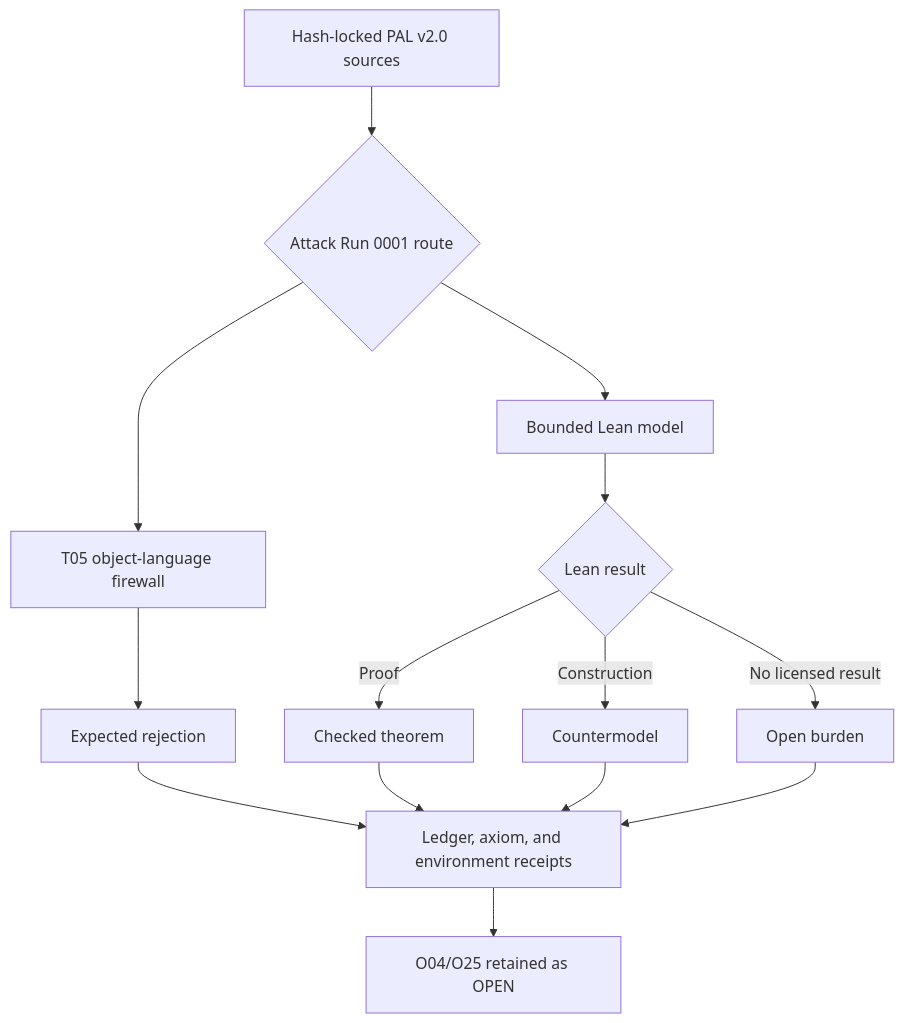
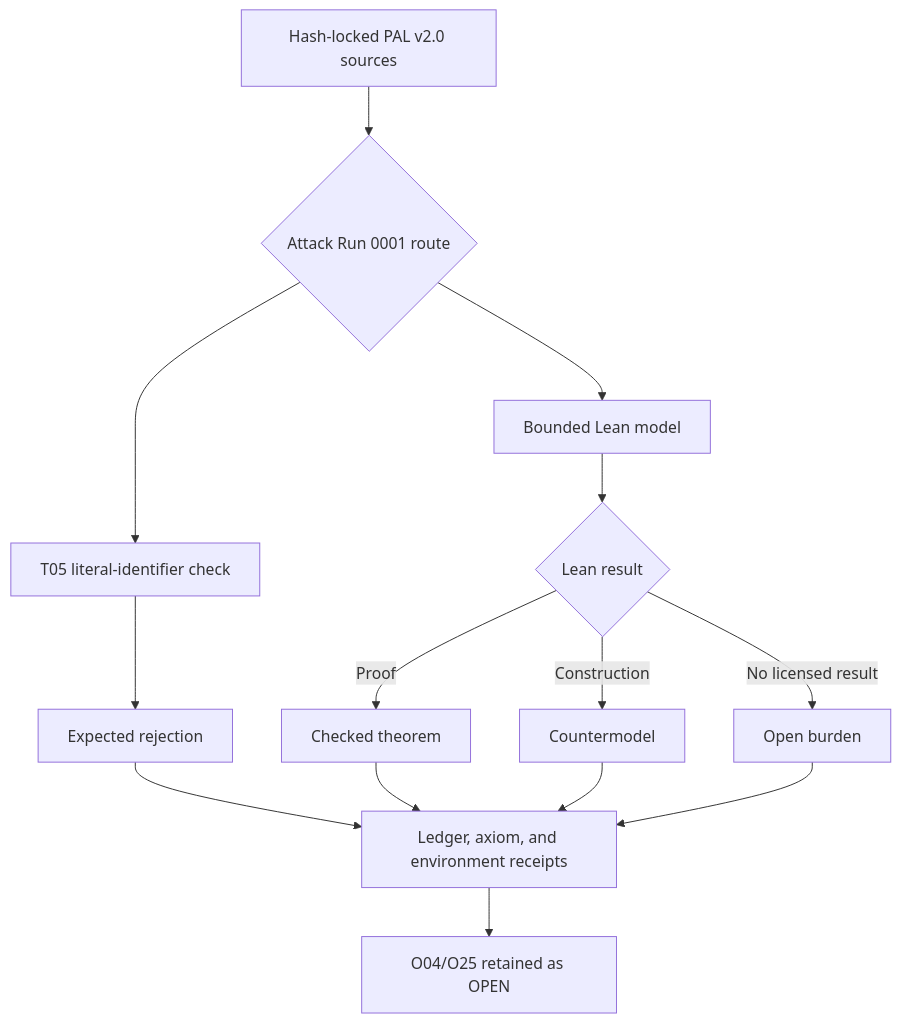
The diagram in README.md (Grativy6/PAL-Lean-Audit), drawn with Mermaid before and after one commit. The commit also changed other lines of this file and 13 other files, not shown here.

````diff
--- a/README.md
+++ b/README.md
@@ -37,16 +37,16 @@
 ```mermaid
 flowchart TD
     S["Hash-locked PAL v2.0 sources"] --> F{"Attack Run 0001 route"}
-    F --> W["T05 object-language firewall"]
+    F --> W["T05 literal-identifier check"]
     F --> M["Bounded Lean model"]
     W --> E["Expected rejection"]
     M --> K{"Lean result"}
     K -->|Proof| P["Checked theorem"]
     K -->|Construction| C["Countermodel"]
     K -->|No licensed result| O["Open burden"]
     E --> R["Ledger, axiom, and environment receipts"]
     P --> R
     C --> R
     O --> R
     R --> D["O04/O25 retained as OPEN"]
 ```
````
